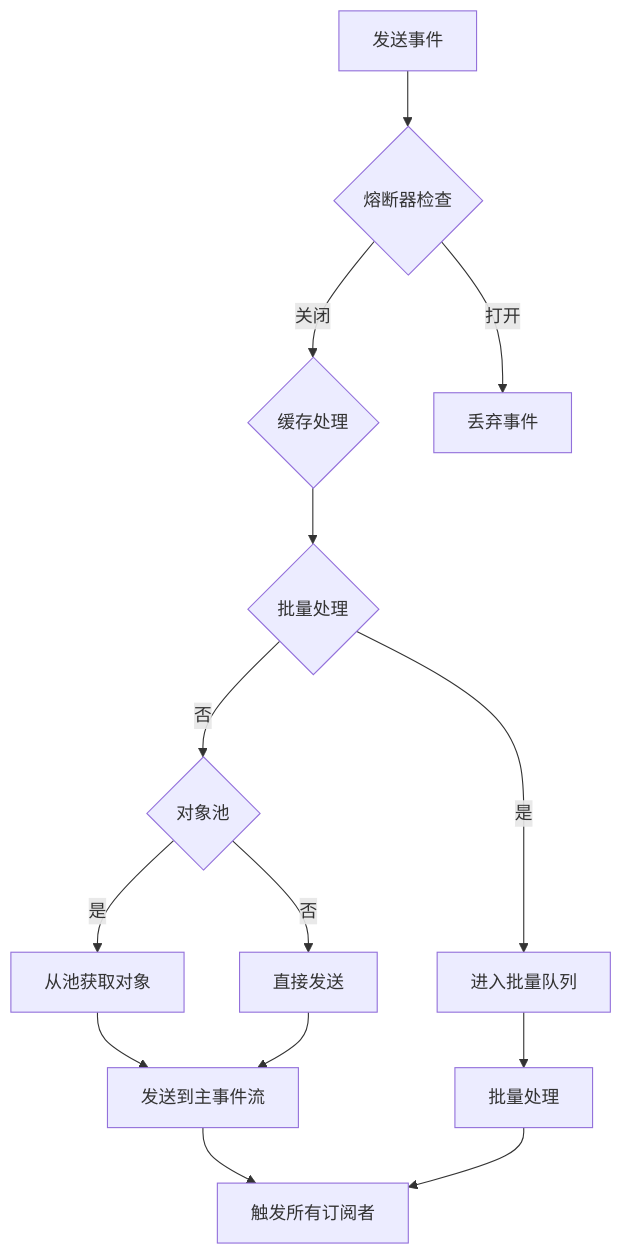
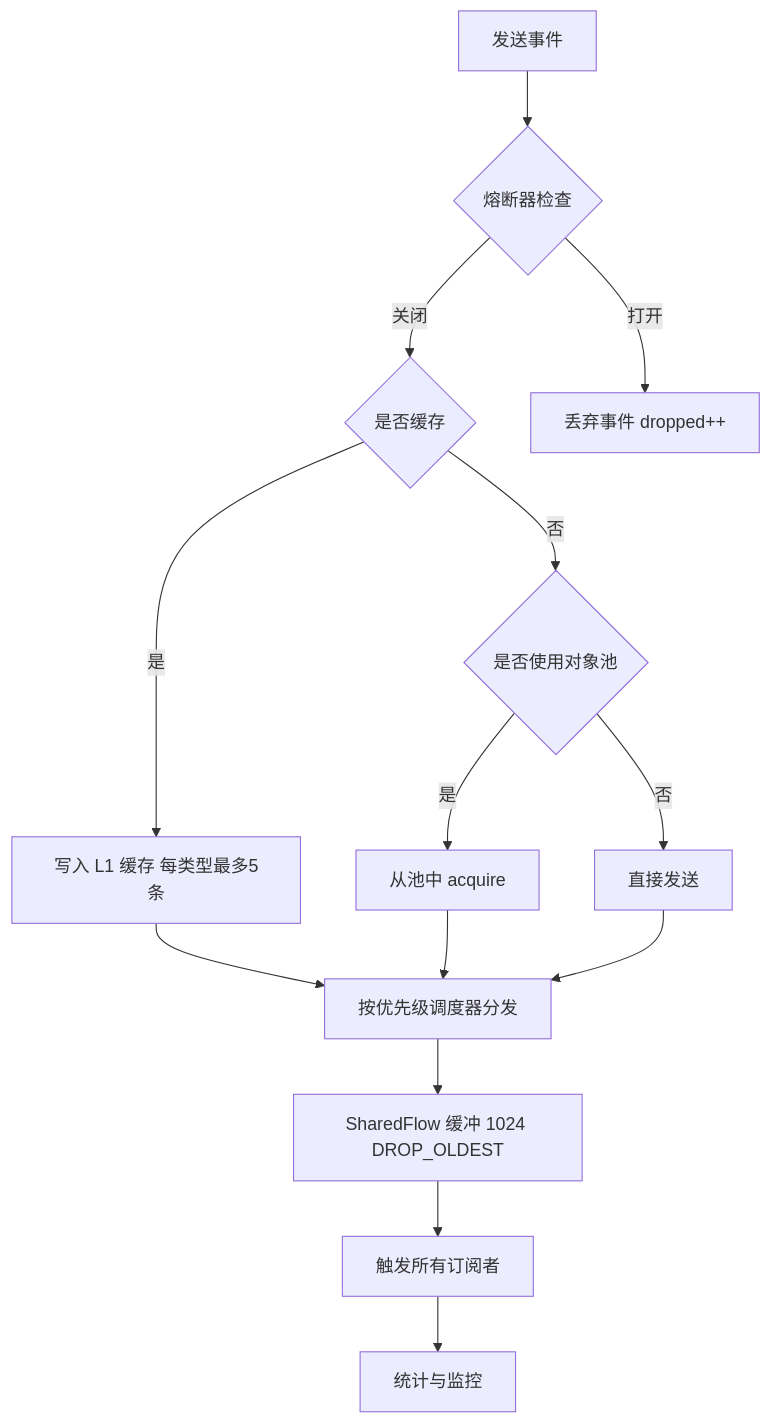
The diagram in core/eventBus/README.md (MucTao/Mold), drawn with Mermaid before and after one commit. The commit also changed other lines of this file and 7 other files, not shown here.

````diff
--- a/core/eventBus/README.md
+++ b/core/eventBus/README.md
@@ -169,16 +197,16 @@
 ```mermaid
-    graph TD
+graph TD
     A[发送事件] --> B{熔断器检查}
-    B -->|关闭| C{缓存处理}
-    B -->|打开| D[丢弃事件]
-    C --> E{批量处理}
-    E -->|是| F[进入批量队列]
-    E -->|否| G{对象池}
-    G -->|是| H[从池获取对象]
-    G -->|否| I[直接发送]
-    H --> J[发送到主事件流]
-    I --> J
+    B -->|关闭| C{是否缓存}
+    B -->|打开| D[丢弃事件 dropped++]
+    C -->|是| E[写入 L1 缓存 每类型最多5条]
+    C -->|否| F{是否使用对象池}
+    F -->|是| G[从池中 acquire]
+    F -->|否| H[直接发送]
+    E --> I[按优先级调度器分发]
+    G --> I
+    H --> I
+    I --> J[SharedFlow 缓冲 1024 DROP_OLDEST]
     J --> K[触发所有订阅者]
-    F --> L[批量处理]
-    L --> K
+    K --> L[统计与监控]
 ```
````
